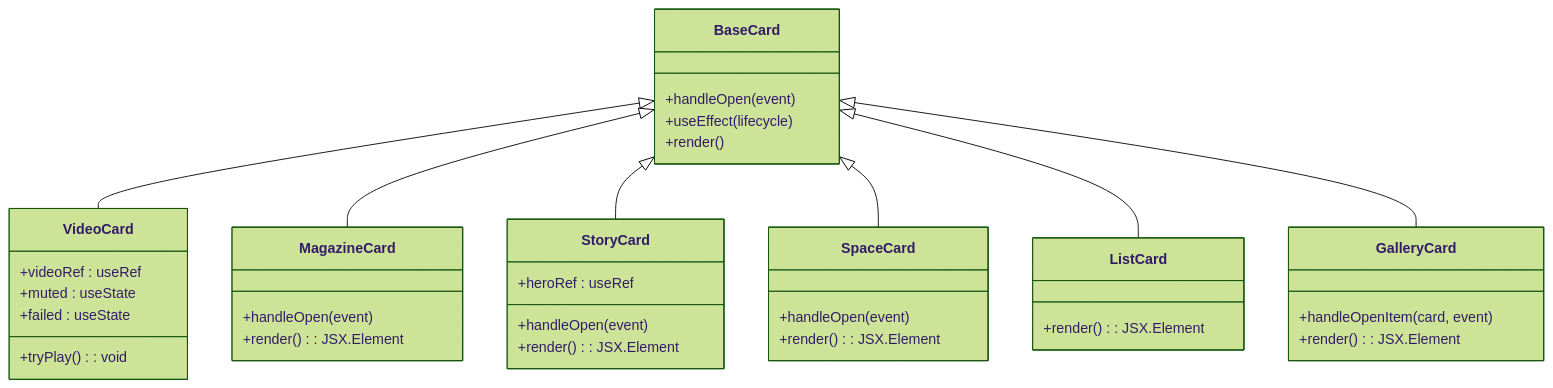
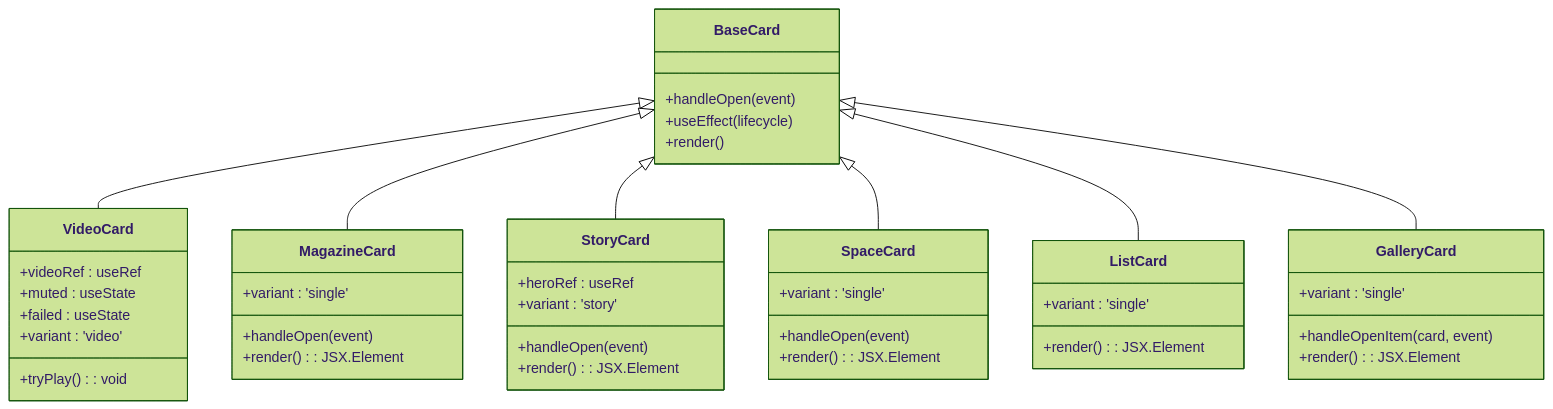
One commit to billye220670/newSquare changed the seventh of 22 diagrams in .qoder/repowiki/zh/content/详情页系统.md. Above: the diagram before and after it, drawn with Mermaid (forest theme). The commit also changed other lines of this file and 14 other files, not shown here.

````diff
--- a/.qoder/repowiki/zh/content/详情页系统.md
+++ b/.qoder/repowiki/zh/content/详情页系统.md
@@ -267,40 +325,46 @@
 ```mermaid
 classDiagram
 class BaseCard {
 +handleOpen(event)
 +useEffect(lifecycle)
 +render()
 }
 class VideoCard {
 +videoRef : useRef
 +muted : useState
 +failed : useState
 +tryPlay() : void
++variant : 'video'
 }
 class MagazineCard {
 +handleOpen(event)
 +render() : JSX.Element
++variant : 'single'
 }
 class StoryCard {
 +heroRef : useRef
 +handleOpen(event)
 +render() : JSX.Element
++variant : 'story'
 }
 class SpaceCard {
 +handleOpen(event)
 +render() : JSX.Element
++variant : 'single'
 }
 class ListCard {
 +render() : JSX.Element
++variant : 'single'
 }
 class GalleryCard {
 +handleOpenItem(card, event)
 +render() : JSX.Element
++variant : 'single'
 }
 BaseCard <|-- VideoCard
 BaseCard <|-- MagazineCard
 BaseCard <|-- StoryCard
 BaseCard <|-- SpaceCard
 BaseCard <|-- ListCard
 BaseCard <|-- GalleryCard
 ```
````
